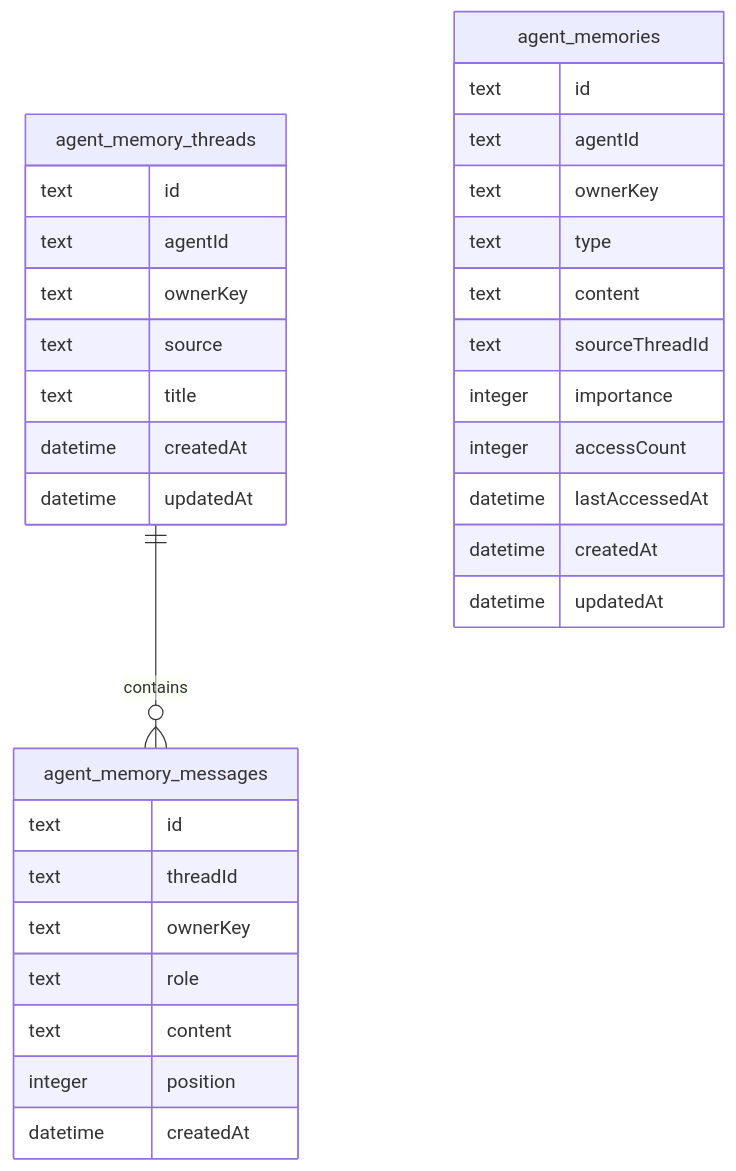
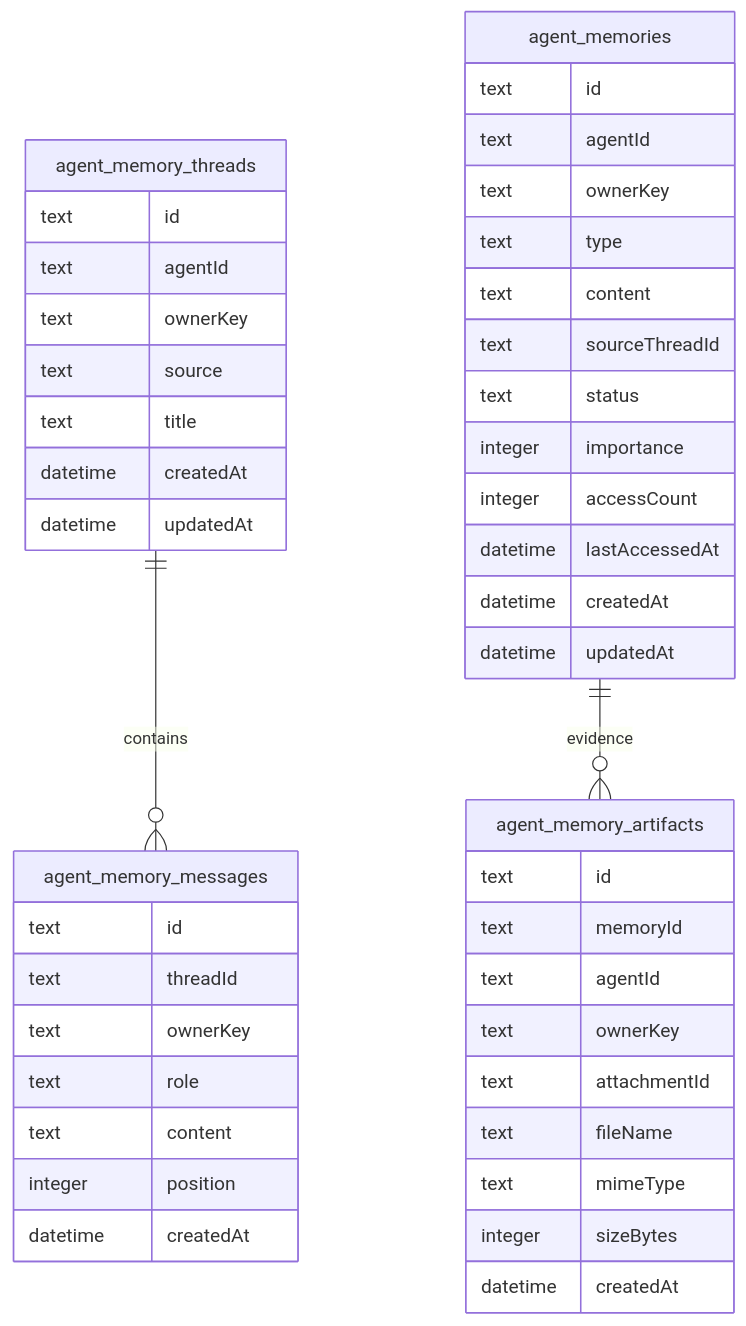
The second of 2 diagrams in docs/modules/agent-memory.md (yiting001/agent), drawn with Mermaid before and after one commit. The commit also changed other lines of this file and 44 other files, not shown here.

````diff
--- a/docs/modules/agent-memory.md
+++ b/docs/modules/agent-memory.md
@@ -76,38 +95,52 @@
 ```mermaid
 erDiagram
   agent_memory_threads ||--o{ agent_memory_messages : contains
+  agent_memories ||--o{ agent_memory_artifacts : evidence
 
   agent_memory_threads {
     text id
     text agentId
     text ownerKey
     text source
     text title
     datetime createdAt
     datetime updatedAt
   }
 
   agent_memory_messages {
     text id
     text threadId
     text ownerKey
     text role
     text content
     integer position
     datetime createdAt
   }
 
   agent_memories {
     text id
     text agentId
     text ownerKey
     text type
     text content
     text sourceThreadId
+    text status
     integer importance
     integer accessCount
     datetime lastAccessedAt
     datetime createdAt
     datetime updatedAt
   }
+
+  agent_memory_artifacts {
+    text id
+    text memoryId
+    text agentId
+    text ownerKey
+    text attachmentId
+    text fileName
+    text mimeType
+    integer sizeBytes
+    datetime createdAt
+  }
 ```
````
